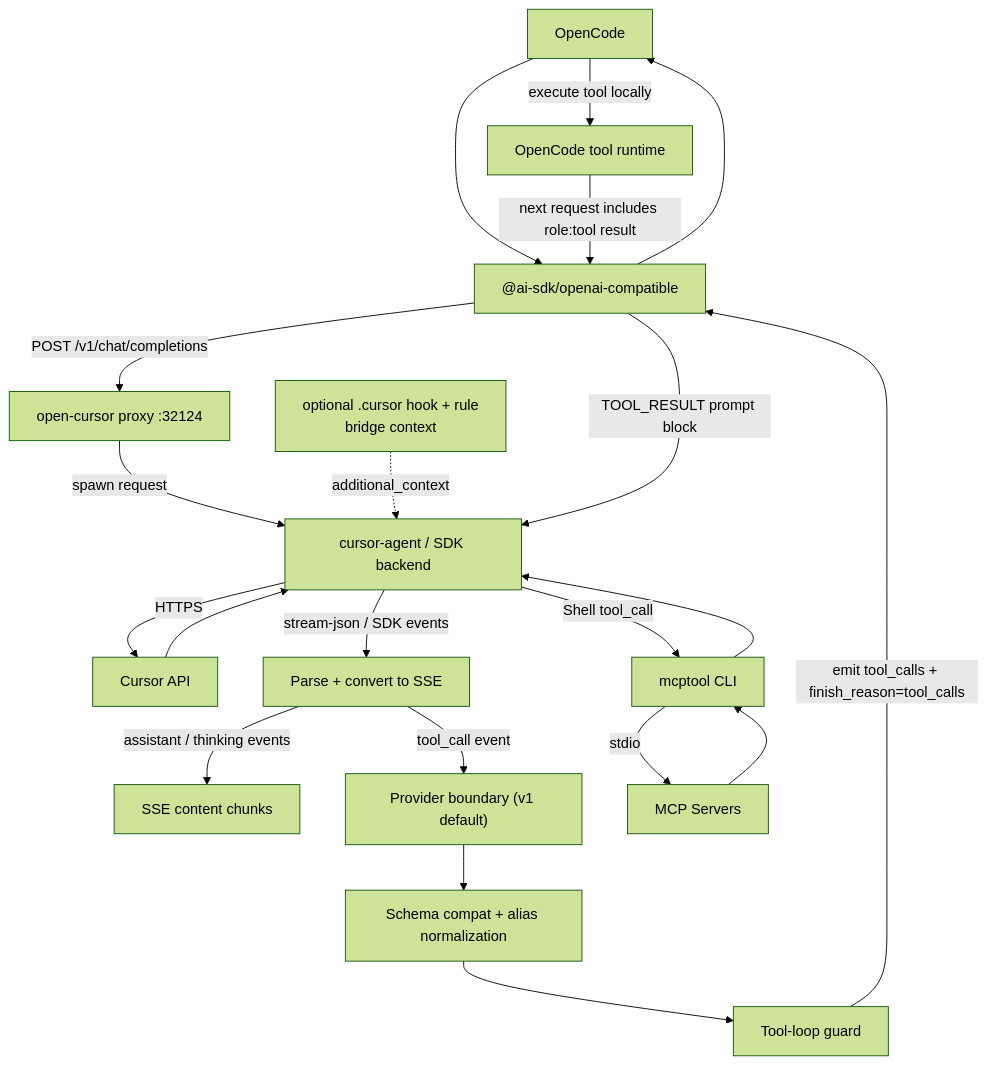
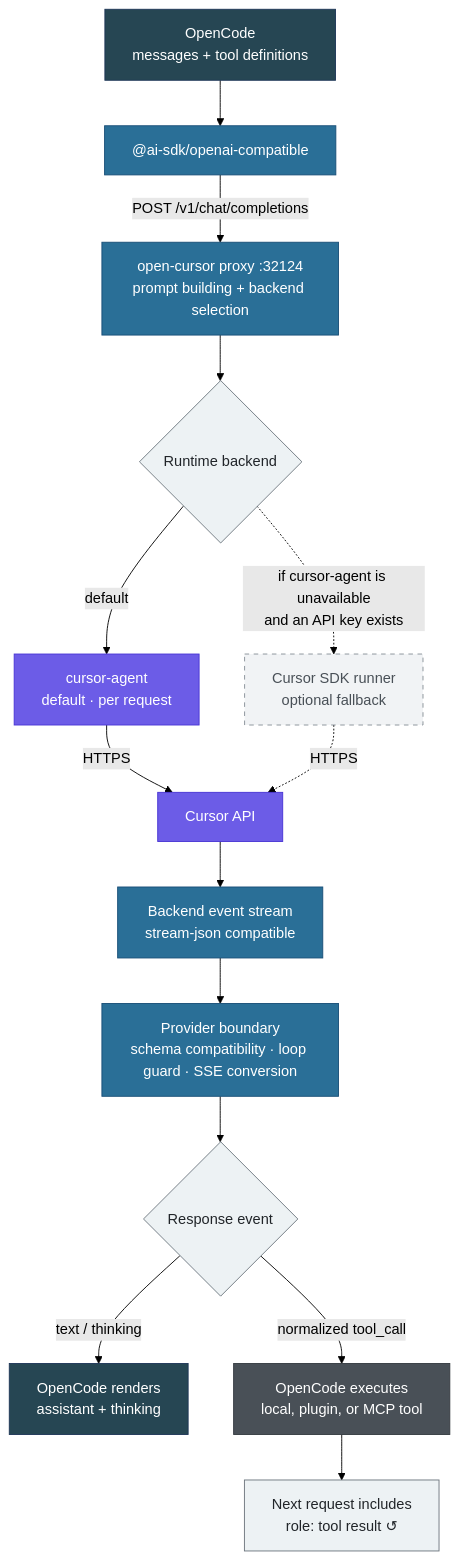
Before and after one commit to Nomadcxx/opencode-cursor: the first of 2 diagrams in README.md, drawn with Mermaid (forest theme).

Commit message:
docs: replace architecture diagram

````diff
--- a/README.md
+++ b/README.md
@@ -162,26 +162,43 @@
 ```mermaid
 flowchart TB
-    OC["OpenCode"] --> SDK["@ai-sdk/openai-compatible"]
-    SDK -->|"POST /v1/chat/completions"| PROXY["open-cursor proxy :32124"]
-    PROXY -->|"spawn request"| BACKEND["cursor-agent / SDK backend"]
-    HOOK["optional .cursor hook + rule\nbridge context"] -. "additional_context" .-> BACKEND
-    BACKEND -->|"HTTPS"| CURSOR["Cursor API"]
-    CURSOR --> BACKEND
+    REQUEST["OpenCode<br/>messages + tool definitions"]
+    ADAPTER["@ai-sdk/openai-compatible"]
+    PROXY["open-cursor proxy :32124<br/>prompt building + backend selection"]
+    BACKEND{"Runtime backend"}
+    AGENT["cursor-agent<br/>default · per request"]
+    SDK["Cursor SDK runner<br/>optional fallback"]
+    CURSOR["Cursor API"]
+    EVENTS["Backend event stream<br/>stream-json compatible"]
+    BOUNDARY["Provider boundary<br/>schema compatibility · loop guard · SSE conversion"]
+    RESPONSE{"Response event"}
+    TEXT["OpenCode renders<br/>assistant + thinking"]
+    TOOLS["OpenCode executes<br/>local, plugin, or MCP tool"]
+    NEXT["Next request includes<br/>role: tool result ↺"]
 
-    BACKEND -->|"stream-json / SDK events"| PARSER["Parse + convert to SSE"]
-    PARSER -->|"assistant / thinking events"| SSE["SSE content chunks"]
-    PARSER -->|"tool_call event"| BOUNDARY["Provider boundary (v1 default)"]
-    BOUNDARY --> COMPAT["Schema compat + alias normalization"]
-    COMPAT --> GUARD["Tool-loop guard"]
-    GUARD -->|"emit tool_calls + finish_reason=tool_calls"| SDK
-    SDK --> OC
+    REQUEST --> ADAPTER
+    ADAPTER -->|"POST /v1/chat/completions"| PROXY
+    PROXY --> BACKEND
+    BACKEND -->|"default"| AGENT
+    BACKEND -. "if cursor-agent is unavailable<br/>and an API key exists" .-> SDK
+    AGENT -->|"HTTPS"| CURSOR
+    SDK -. "HTTPS" .-> CURSOR
+    CURSOR --> EVENTS
+    EVENTS --> BOUNDARY
+    BOUNDARY --> RESPONSE
+    RESPONSE -->|"text / thinking"| TEXT
+    RESPONSE -->|"normalized tool_call"| TOOLS
+    TOOLS --> NEXT
 
-    OC -->|"execute tool locally"| TOOLRUN["OpenCode tool runtime"]
-    TOOLRUN -->|"next request includes role:tool result"| SDK
-    SDK -->|"TOOL_RESULT prompt block"| BACKEND
-
-    BACKEND -->|"Shell tool_call"| MCPTOOL["mcptool CLI"]
-    MCPTOOL -->|"stdio"| MCP["MCP Servers"]
-    MCP --> MCPTOOL
-    MCPTOOL --> BACKEND
+    classDef host fill:#264653,stroke:#1d3557,color:#fff
+    classDef bridge fill:#2a6f97,stroke:#184e77,color:#fff
+    classDef cursor fill:#6c5ce7,stroke:#4834d4,color:#fff
+    classDef optional fill:#f1f3f5,stroke:#868e96,color:#495057,stroke-dasharray:5 5
+    classDef tool fill:#495057,stroke:#343a40,color:#fff
+    classDef terminal fill:#edf2f4,stroke:#6c757d,color:#212529
+    class REQUEST,TEXT host
+    class ADAPTER,PROXY,EVENTS,BOUNDARY bridge
+    class AGENT,CURSOR cursor
+    class SDK optional
+    class TOOLS tool
+    class BACKEND,RESPONSE,NEXT terminal
 ```
````
